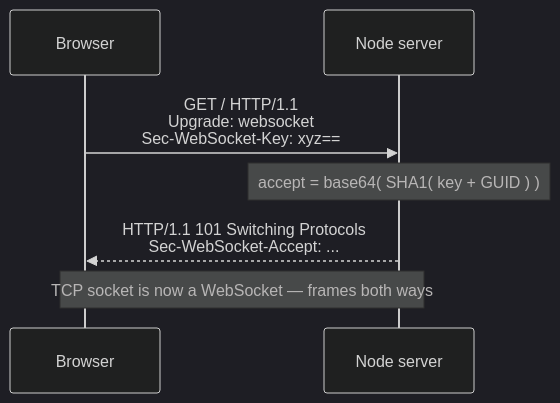
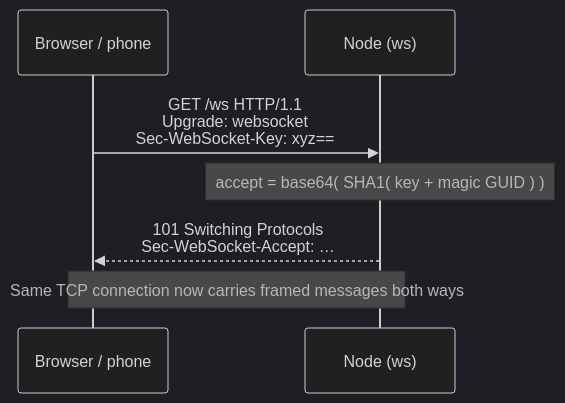
The fifth of 7 diagrams in ARCHITECTURE.md (HarishVerma-UI/video-call-app), drawn with Mermaid (dark theme) before and after one commit. The commit also changed other lines of this file and 57 other files, not shown here.

First line of the commit message:
Build full app: React web, React Native mobile, Node signaling server

````diff
--- a/ARCHITECTURE.md
+++ b/ARCHITECTURE.md
@@ -94,9 +156,9 @@
 ```mermaid
 sequenceDiagram
-  participant Br as Browser
-  participant Sv as Node server
-  Br->>Sv: GET / HTTP/1.1<br/>Upgrade: websocket<br/>Sec-WebSocket-Key: xyz==
-  Note over Sv: accept = base64( SHA1( key + GUID ) )
-  Sv-->>Br: HTTP/1.1 101 Switching Protocols<br/>Sec-WebSocket-Accept: ...
-  Note over Br,Sv: TCP socket is now a WebSocket — frames both ways
+  participant Br as Browser / phone
+  participant Sv as Node (ws)
+  Br->>Sv: GET /ws HTTP/1.1<br/>Upgrade: websocket<br/>Sec-WebSocket-Key: xyz==
+  Note over Sv: accept = base64( SHA1( key + magic GUID ) )
+  Sv-->>Br: 101 Switching Protocols<br/>Sec-WebSocket-Accept: …
+  Note over Br,Sv: Same TCP connection now carries framed messages both ways
 ```
````
